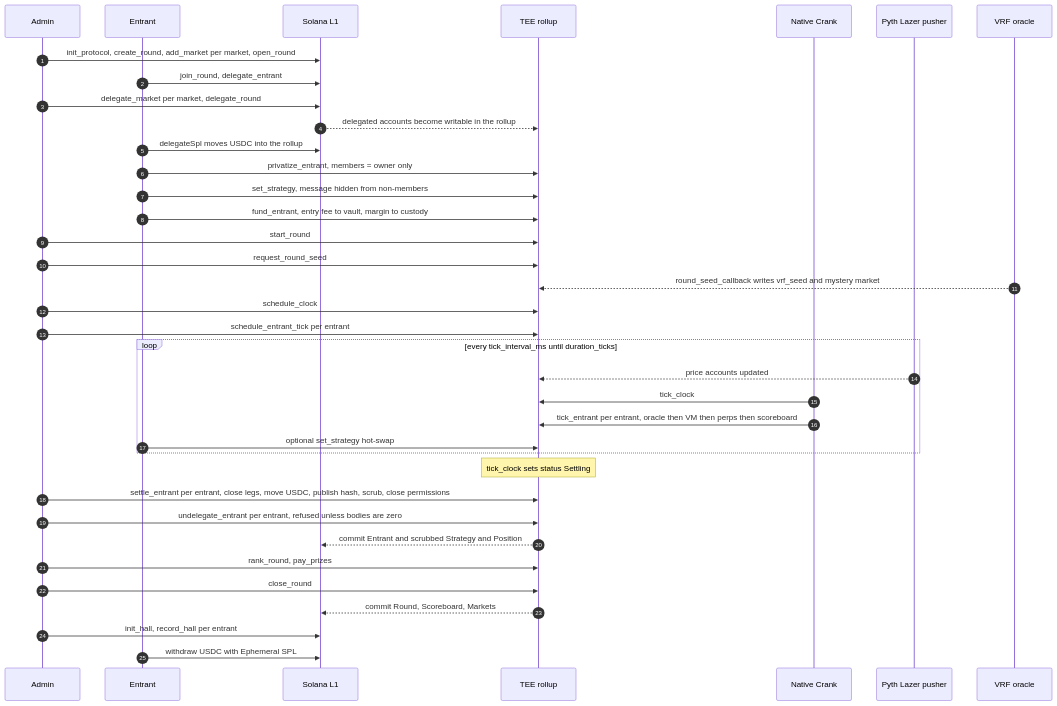
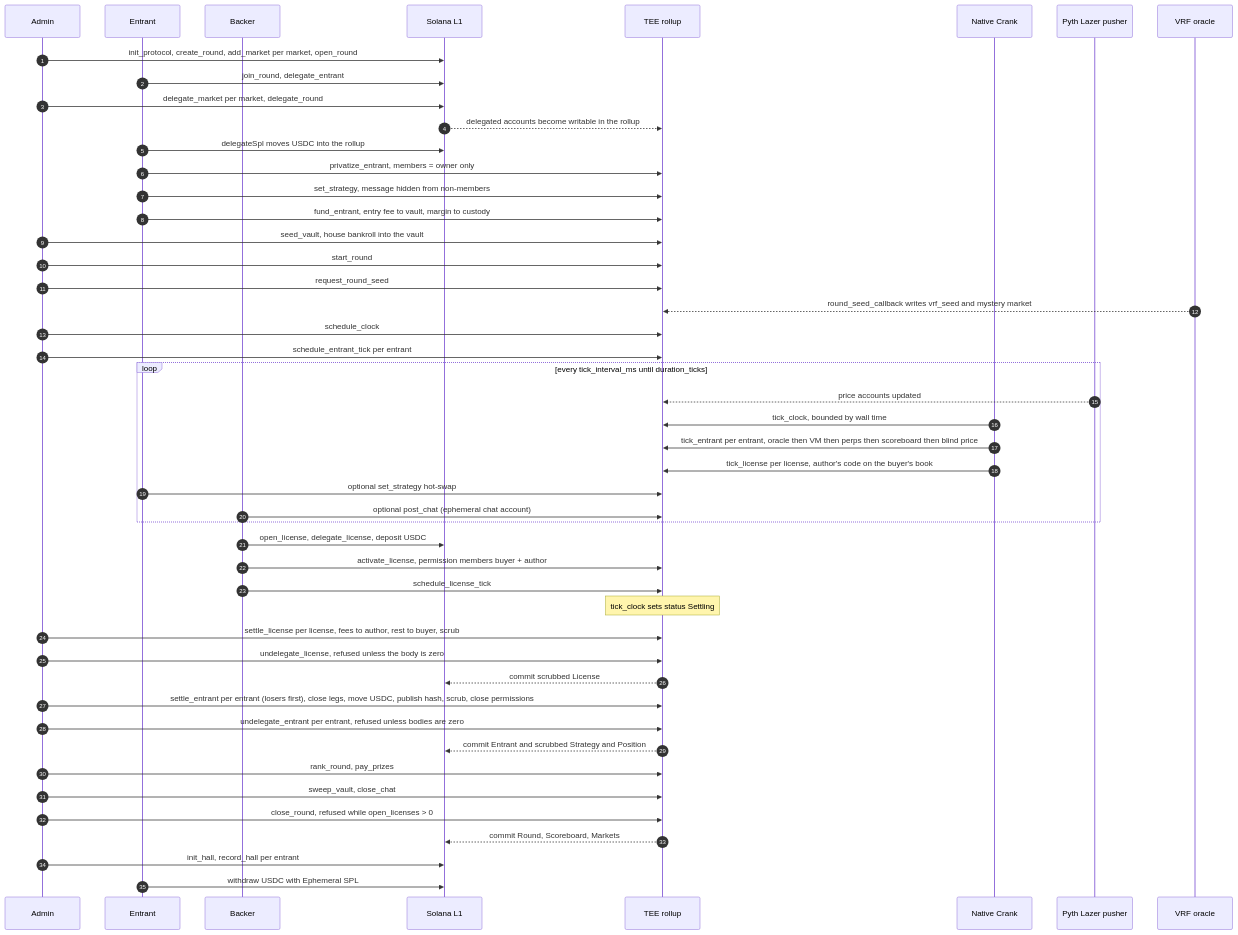
The diagram in docs/ARCHITECTURE.md (blessedblockchain-sudo/blackbox), drawn with Mermaid before and after one commit. The commit also changed other lines of this file and 3 other files, not shown here.

First line of the commit message:
Docs: devnet deployment, blind licensing, chat, bankroll, fixed limitations

````diff
--- a/docs/ARCHITECTURE.md
+++ b/docs/ARCHITECTURE.md
@@ -287,39 +360,50 @@
 ```mermaid
 sequenceDiagram
   autonumber
   participant Ad as Admin
   participant En as Entrant
+  participant Bk as Backer
   participant L1 as Solana L1
   participant ER as TEE rollup
   participant Cr as Native Crank
   participant Or as Pyth Lazer pusher
   participant Vr as VRF oracle
   Ad->>L1: init_protocol, create_round, add_market per market, open_round
   En->>L1: join_round, delegate_entrant
   Ad->>L1: delegate_market per market, delegate_round
   L1-->>ER: delegated accounts become writable in the rollup
   En->>L1: delegateSpl moves USDC into the rollup
   En->>ER: privatize_entrant, members = owner only
   En->>ER: set_strategy, message hidden from non-members
   En->>ER: fund_entrant, entry fee to vault, margin to custody
+  Ad->>ER: seed_vault, house bankroll into the vault
   Ad->>ER: start_round
   Ad->>ER: request_round_seed
   Vr-->>ER: round_seed_callback writes vrf_seed and mystery market
   Ad->>ER: schedule_clock
   Ad->>ER: schedule_entrant_tick per entrant
   loop every tick_interval_ms until duration_ticks
     Or-->>ER: price accounts updated
-    Cr->>ER: tick_clock
-    Cr->>ER: tick_entrant per entrant, oracle then VM then perps then scoreboard
+    Cr->>ER: tick_clock, bounded by wall time
+    Cr->>ER: tick_entrant per entrant, oracle then VM then perps then scoreboard then blind price
+    Cr->>ER: tick_license per license, author's code on the buyer's book
     En->>ER: optional set_strategy hot-swap
+    Bk->>ER: optional post_chat (ephemeral chat account)
   end
+  Bk->>L1: open_license, delegate_license, deposit USDC
+  Bk->>ER: activate_license, permission members buyer + author
+  Bk->>ER: schedule_license_tick
   Note over ER: tick_clock sets status Settling
-  Ad->>ER: settle_entrant per entrant, close legs, move USDC, publish hash, scrub, close permissions
+  Ad->>ER: settle_license per license, fees to author, rest to buyer, scrub
+  Ad->>ER: undelegate_license, refused unless the body is zero
+  ER-->>L1: commit scrubbed License
+  Ad->>ER: settle_entrant per entrant (losers first), close legs, move USDC, publish hash, scrub, close permissions
   Ad->>ER: undelegate_entrant per entrant, refused unless bodies are zero
   ER-->>L1: commit Entrant and scrubbed Strategy and Position
   Ad->>ER: rank_round, pay_prizes
-  Ad->>ER: close_round
+  Ad->>ER: sweep_vault, close_chat
+  Ad->>ER: close_round, refused while open_licenses > 0
   ER-->>L1: commit Round, Scoreboard, Markets
   Ad->>L1: init_hall, record_hall per entrant
   En->>L1: withdraw USDC with Ephemeral SPL
 ```
````
